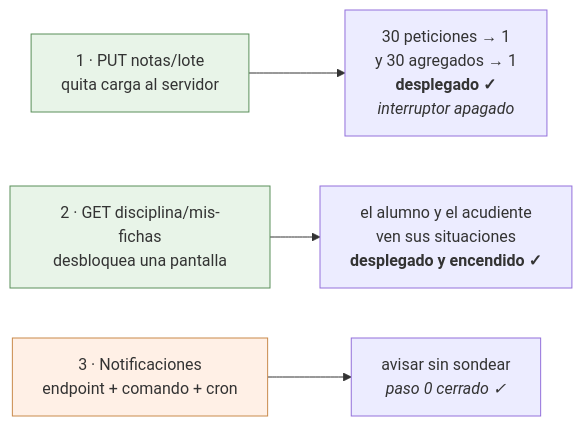
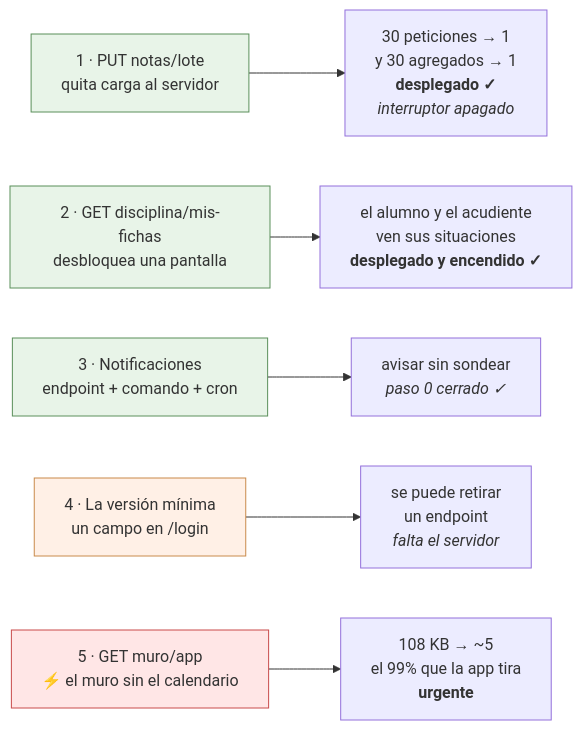
One commit to bluesky777/myvc_flutter changed the diagram in docs/backend-pendiente.md. Above: the diagram before and after it, drawn with Mermaid. The commit also changed other lines of this file and 14 other files, not shown here.

````diff
--- a/docs/backend-pendiente.md
+++ b/docs/backend-pendiente.md
@@ -24,10 +26,14 @@
 ```mermaid
 flowchart LR
     A["1 · PUT notas/lote<br/>quita carga al servidor"] --> A1["30 peticiones → 1<br/>y 30 agregados → 1<br/><b>desplegado ✓</b><br/><i>interruptor apagado</i>"]
     B["2 · GET disciplina/mis-fichas<br/>desbloquea una pantalla"] --> B1["el alumno y el acudiente<br/>ven sus situaciones<br/><b>desplegado y encendido ✓</b>"]
     C["3 · Notificaciones<br/>endpoint + comando + cron"] --> C1["avisar sin sondear<br/><i>paso 0 cerrado ✓</i>"]
+    D["4 · La versión mínima<br/>un campo en /login"] --> D1["se puede retirar<br/>un endpoint<br/><i>falta el servidor</i>"]
+    E["5 · GET muro/app<br/>⚡ el muro sin el calendario"] --> E1["108 KB → ~5<br/>el 99% que la app tira<br/><b>urgente</b>"]
 
     style A fill:#e8f4e8,stroke:#5a8f5a
     style B fill:#e8f4e8,stroke:#5a8f5a
-    style C fill:#fff0e6,stroke:#c98a4b
+    style C fill:#e8f4e8,stroke:#5a8f5a
+    style D fill:#fff0e6,stroke:#c98a4b
+    style E fill:#ffe6e6,stroke:#c94b4b
 ```
````
